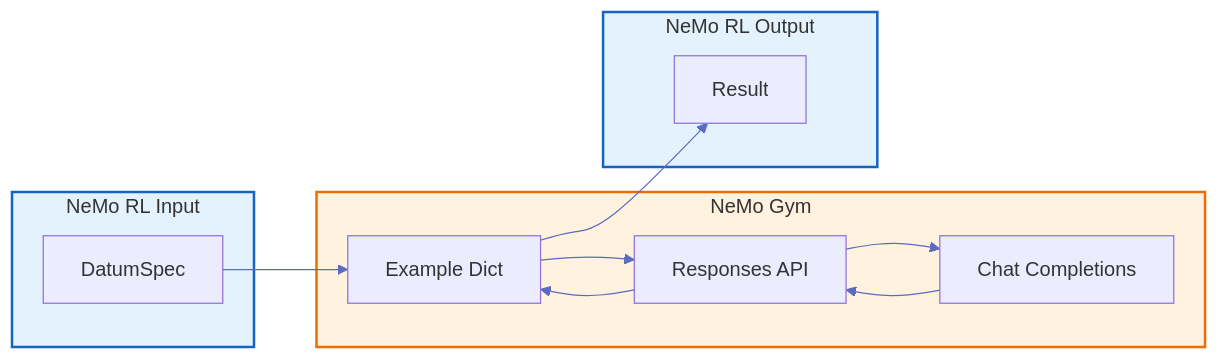
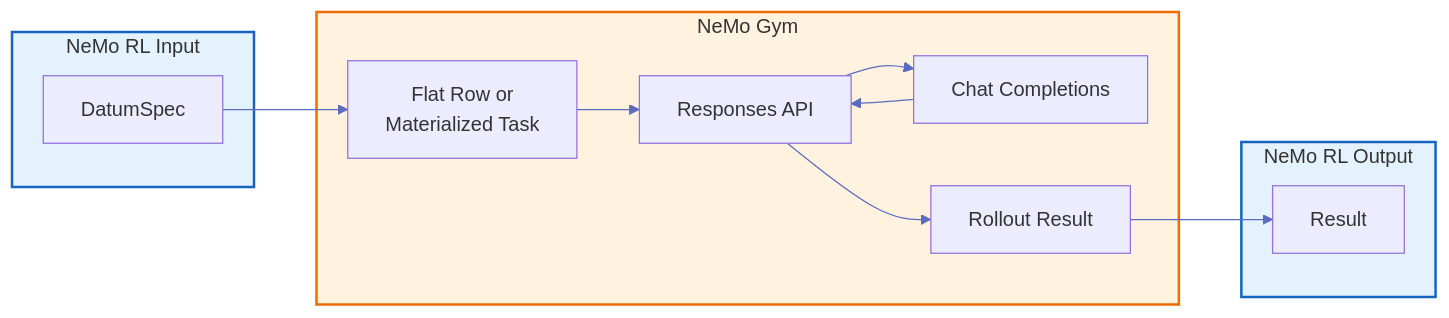
Before and after one commit to NVIDIA-NeMo/RL: the fifth of 5 diagrams in docs/design-docs/nemo-gym-integration.md, drawn with Mermaid. The commit also changed other lines of this file and 8 other files, not shown here.

````diff
--- a/docs/design-docs/nemo-gym-integration.md
+++ b/docs/design-docs/nemo-gym-integration.md
@@ -320,28 +382,29 @@
 ```mermaid
 %%{init: {'theme': 'default', 'themeVariables': { 'lineColor': '#5c6bc0', 'primaryTextColor': '#333'}}}%%
 flowchart LR
     subgraph RL1["NeMo RL Input"]
         Datum["DatumSpec"]
     end
     
     subgraph Gym["NeMo Gym"]
-        Example["Example Dict"]
+        Example["Flat Row or<br/>Materialized Task"]
         ReqResp["Responses API"]
         ReqChat["Chat Completions"]
+        GymResult["Rollout Result"]
     end
     
     subgraph RL2["NeMo RL Output"]
         Result["Result"]
     end
     
     Datum --> Example
     Example --> ReqResp
     ReqResp --> ReqChat
     ReqChat --> ReqResp
-    ReqResp --> Example
-    Example --> Result
+    ReqResp --> GymResult
+    GymResult --> Result
 
     style RL1 fill:#e3f2fd,stroke:#1565c0,stroke-width:2px
     style RL2 fill:#e3f2fd,stroke:#1565c0,stroke-width:2px
     style Gym fill:#fff3e0,stroke:#ef6c00,stroke-width:2px
 ```
````
